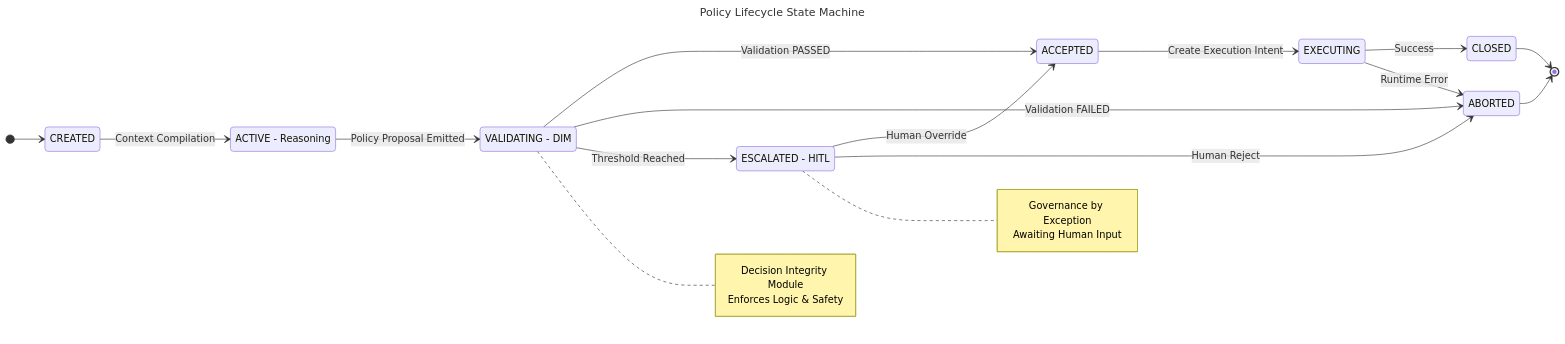
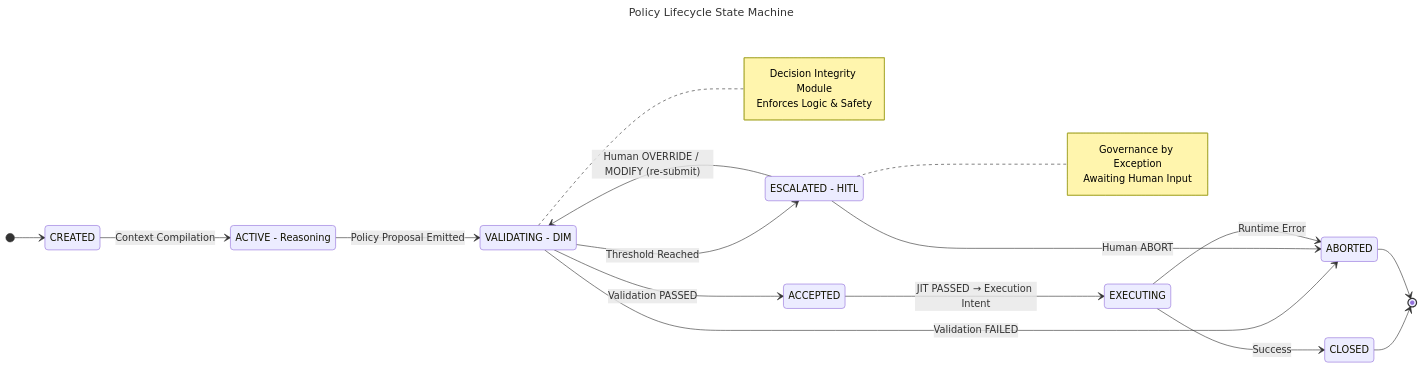
One commit to huka81/decision-intelligence-runtime changed the eighth of 9 diagrams in docs/02-decision-runtime/DIR_Architectural_Pattern.md. Above: the diagram before and after it, drawn with Mermaid. The commit also changed other lines of this file and 5 other files, not shown here.

````diff
--- a/docs/02-decision-runtime/DIR_Architectural_Pattern.md
+++ b/docs/02-decision-runtime/DIR_Architectural_Pattern.md
@@ -822,55 +826,55 @@
 ```mermaid
 ---
 title: Policy Lifecycle State Machine
 config:
   look: classic
 ---
 stateDiagram-v2
     direction LR
 
     %% Define States with consistent formatting
     state "CREATED" as Created
     state "ACTIVE - Reasoning" as Active
     state "VALIDATING - DIM" as Validating
     state "ESCALATED - HITL" as Escalated
     state "ACCEPTED" as Accepted
     state "EXECUTING" as Executing
     state "CLOSED" as Closed
     state "ABORTED" as Aborted
 
     %% Initial Transition
     [*] --> Created
     Created --> Active : Context Compilation
 
     %% Reasoning to Validation
     Active --> Validating : Policy Proposal Emitted
 
     %% Validation Logic (DIM)
     Validating --> Accepted : Validation PASSED
     Validating --> Aborted : Validation FAILED
     Validating --> Escalated : Threshold Reached
 
     %% Escalation Logic (Human-in-the-Loop)
-    Escalated --> Accepted : Human Override
-    Escalated --> Aborted : Human Reject
+    Escalated --> Validating : Human OVERRIDE / MODIFY (re-submit)
+    Escalated --> Aborted : Human ABORT
 
     %% Execution Logic
-    Accepted --> Executing : Create Execution Intent
+    Accepted --> Executing : JIT PASSED → Execution Intent
     Executing --> Closed : Success
     Executing --> Aborted : Runtime Error
 
     %% Terminal States
     Closed --> [*]
     Aborted --> [*]
 
     %% Notes for context
     note right of Validating
         Decision Integrity Module
         Enforces Logic & Safety
     end note
     
     note right of Escalated
         Governance by Exception
         Awaiting Human Input
     end note
 ```
````
